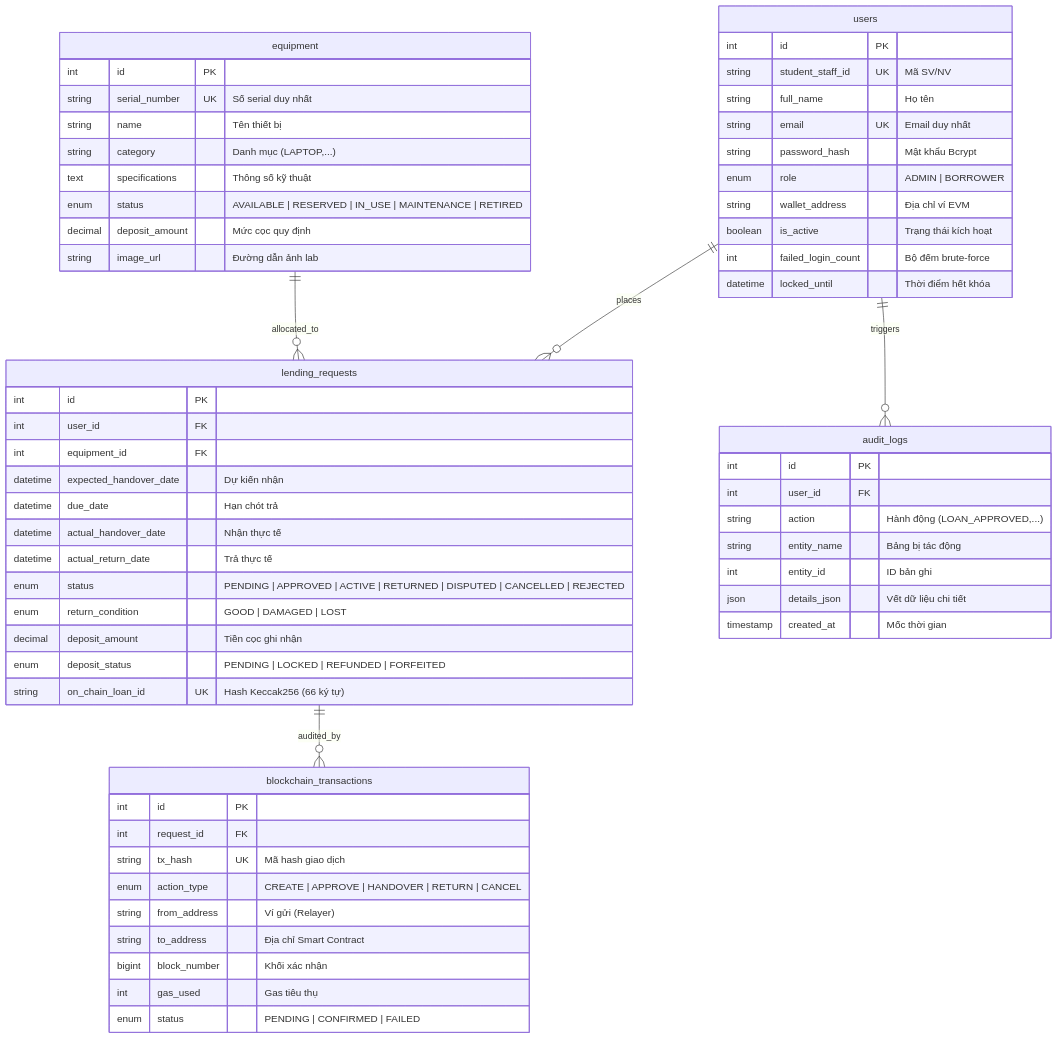
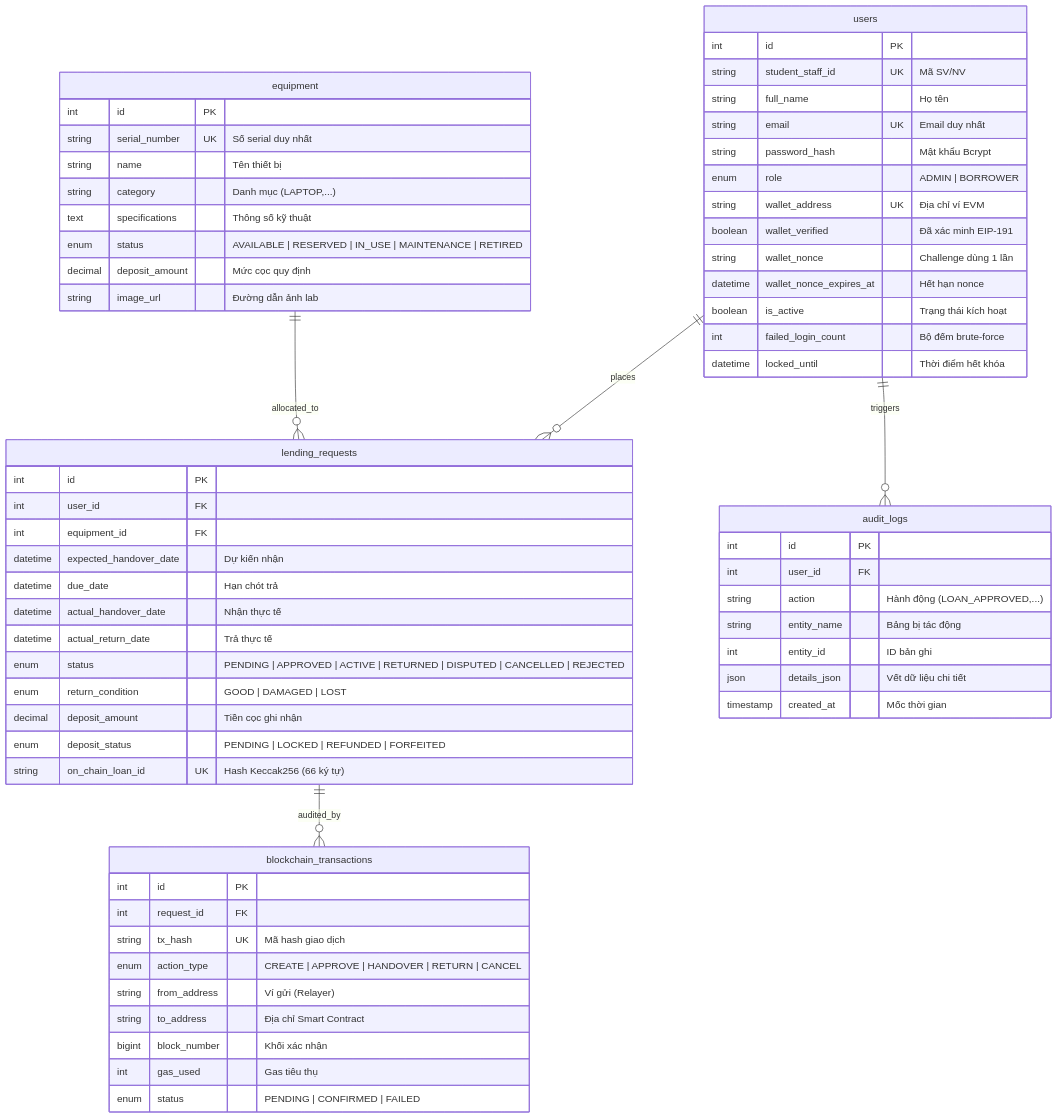
One commit to NguyenThanhDuy42124/EduVault changed the third of 3 diagrams in docs/SYSTEM_ANALYSIS_REPORT.md. Above: the diagram before and after it, drawn with Mermaid. The commit also changed other lines of this file and 32 other files, not shown here.

Commit message:
feat(phase-7a): complete MetaMask integration, EIP-191 wallet verification, fail-closed RPC and reconciliation

````diff
--- a/docs/SYSTEM_ANALYSIS_REPORT.md
+++ b/docs/SYSTEM_ANALYSIS_REPORT.md
@@ -213,68 +211,71 @@
 ```mermaid
 erDiagram
     users ||--o{ lending_requests : "places"
     users ||--o{ audit_logs : "triggers"
     equipment ||--o{ lending_requests : "allocated_to"
     lending_requests ||--o{ blockchain_transactions : "audited_by"
 
     users {
         int id PK
         string student_staff_id UK "Mã SV/NV"
         string full_name "Họ tên"
         string email UK "Email duy nhất"
         string password_hash "Mật khẩu Bcrypt"
         enum role "ADMIN | BORROWER"
-        string wallet_address "Địa chỉ ví EVM"
+        string wallet_address UK "Địa chỉ ví EVM"
+        boolean wallet_verified "Đã xác minh EIP-191"
+        string wallet_nonce "Challenge dùng 1 lần"
+        datetime wallet_nonce_expires_at "Hết hạn nonce"
         boolean is_active "Trạng thái kích hoạt"
         int failed_login_count "Bộ đếm brute-force"
         datetime locked_until "Thời điểm hết khóa"
     }
 
     equipment {
         int id PK
         string serial_number UK "Số serial duy nhất"
         string name "Tên thiết bị"
         string category "Danh mục (LAPTOP,...)"
         text specifications "Thông số kỹ thuật"
         enum status "AVAILABLE | RESERVED | IN_USE | MAINTENANCE | RETIRED"
         decimal deposit_amount "Mức cọc quy định"
         string image_url "Đường dẫn ảnh lab"
     }
 
     lending_requests {
         int id PK
         int user_id FK
         int equipment_id FK
         datetime expected_handover_date "Dự kiến nhận"
         datetime due_date "Hạn chót trả"
         datetime actual_handover_date "Nhận thực tế"
         datetime actual_return_date "Trả thực tế"
         enum status "PENDING | APPROVED | ACTIVE | RETURNED | DISPUTED | CANCELLED | REJECTED"
         enum return_condition "GOOD | DAMAGED | LOST"
         decimal deposit_amount "Tiền cọc ghi nhận"
         enum deposit_status "PENDING | LOCKED | REFUNDED | FORFEITED"
         string on_chain_loan_id UK "Hash Keccak256 (66 ký tự)"
     }
 
     blockchain_transactions {
         int id PK
         int request_id FK
         string tx_hash UK "Mã hash giao dịch"
         enum action_type "CREATE | APPROVE | HANDOVER | RETURN | CANCEL"
         string from_address "Ví gửi (Relayer)"
         string to_address "Địa chỉ Smart Contract"
         bigint block_number "Khối xác nhận"
         int gas_used "Gas tiêu thụ"
         enum status "PENDING | CONFIRMED | FAILED"
     }
 
     audit_logs {
         int id PK
         int user_id FK
         string action "Hành động (LOAN_APPROVED,...)"
         string entity_name "Bảng bị tác động"
         int entity_id "ID bản ghi"
         json details_json "Vết dữ liệu chi tiết"
         timestamp created_at "Mốc thời gian"
     }
 ```
````
